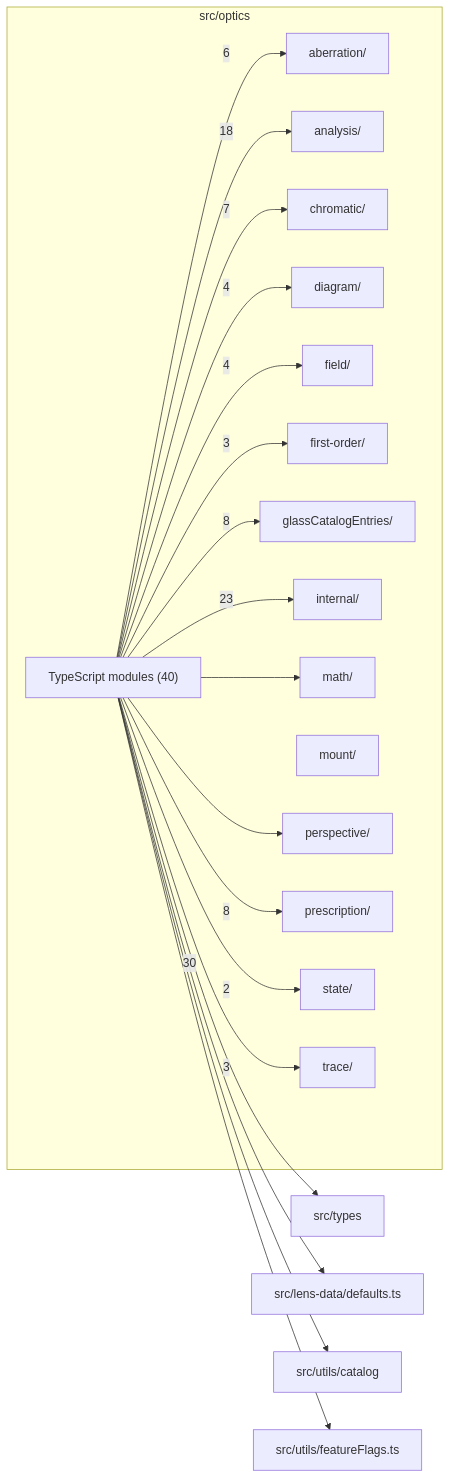
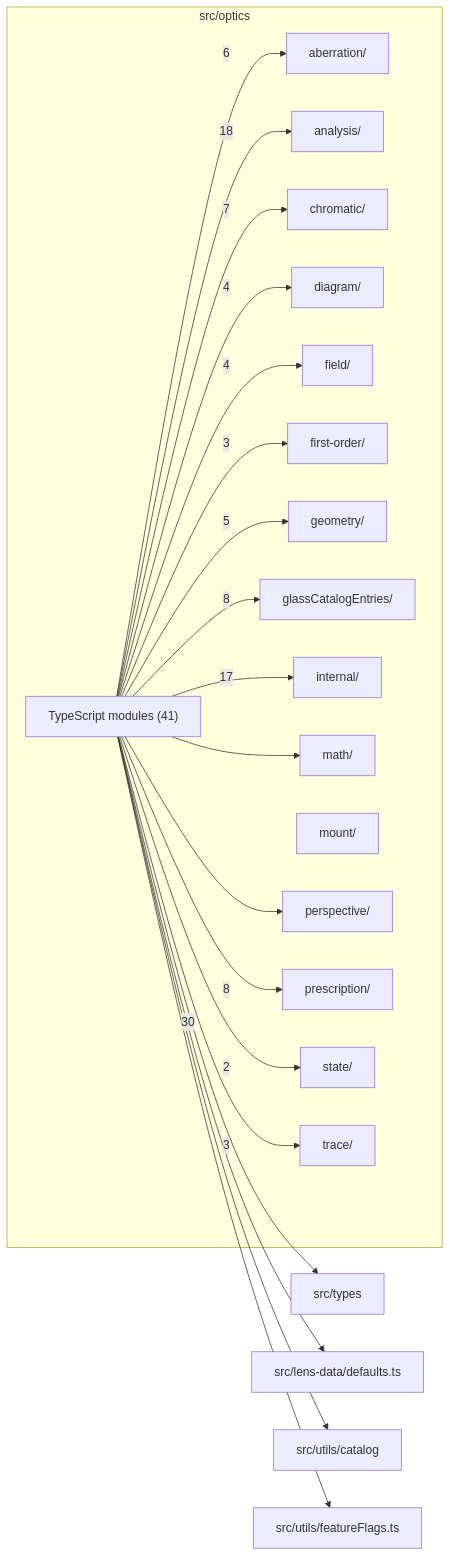
Before and after one commit to BeamFour/LensVisualizer: the diagram in src/optics/readme.md, drawn with Mermaid. The commit also changed other lines of this file and 54 other files, not shown here.

````diff
--- a/src/optics/readme.md
+++ b/src/optics/readme.md
@@ -9,41 +9,43 @@
 ```mermaid
 flowchart LR
   subgraph n_src_optics["src/optics"]
     n_src_optics_src_optics_aberration["aberration/"]
     n_src_optics_src_optics_analysis["analysis/"]
     n_src_optics_src_optics_chromatic["chromatic/"]
     n_src_optics_src_optics_diagram["diagram/"]
     n_src_optics_src_optics_field["field/"]
     n_src_optics_src_optics_first_order["first-order/"]
+    n_src_optics_src_optics_geometry["geometry/"]
     n_src_optics_src_optics_glassCatalogEntries["glassCatalogEntries/"]
     n_src_optics_src_optics_internal["internal/"]
     n_src_optics_src_optics_math["math/"]
     n_src_optics_src_optics_mount["mount/"]
     n_src_optics_src_optics_perspective["perspective/"]
     n_src_optics_src_optics_prescription["prescription/"]
     n_src_optics_src_optics_state["state/"]
     n_src_optics_src_optics_trace["trace/"]
-    n_src_optics_TypeScript_modules["TypeScript modules (40)"]
+    n_src_optics_TypeScript_modules["TypeScript modules (41)"]
   end
   n_external_src_types["src/types"]
   n_external_src_lens_data_defaults_ts["src/lens-data/defaults.ts"]
   n_external_src_utils_catalog["src/utils/catalog"]
   n_external_src_utils_featureFlags_ts["src/utils/featureFlags.ts"]
   n_src_optics_TypeScript_modules --> |30| n_external_src_types
-  n_src_optics_TypeScript_modules --> |23| n_src_optics_src_optics_internal
   n_src_optics_TypeScript_modules --> |18| n_src_optics_src_optics_analysis
+  n_src_optics_TypeScript_modules --> |17| n_src_optics_src_optics_internal
   n_src_optics_TypeScript_modules --> |8| n_src_optics_src_optics_glassCatalogEntries
   n_src_optics_TypeScript_modules --> |8| n_src_optics_src_optics_prescription
   n_src_optics_TypeScript_modules --> |7| n_src_optics_src_optics_chromatic
   n_src_optics_TypeScript_modules --> |6| n_src_optics_src_optics_aberration
+  n_src_optics_TypeScript_modules --> |5| n_src_optics_src_optics_geometry
   n_src_optics_TypeScript_modules --> |4| n_src_optics_src_optics_diagram
   n_src_optics_TypeScript_modules --> |4| n_src_optics_src_optics_field
   n_src_optics_TypeScript_modules --> |3| n_src_optics_src_optics_first_order
   n_src_optics_TypeScript_modules --> |3| n_src_optics_src_optics_trace
   n_src_optics_TypeScript_modules --> |2| n_src_optics_src_optics_state
   n_src_optics_TypeScript_modules --> n_external_src_lens_data_defaults_ts
   n_src_optics_TypeScript_modules --> n_external_src_utils_catalog
   n_src_optics_TypeScript_modules --> n_external_src_utils_featureFlags_ts
   n_src_optics_TypeScript_modules --> n_src_optics_src_optics_math
   n_src_optics_TypeScript_modules --> n_src_optics_src_optics_perspective
 ```
````
